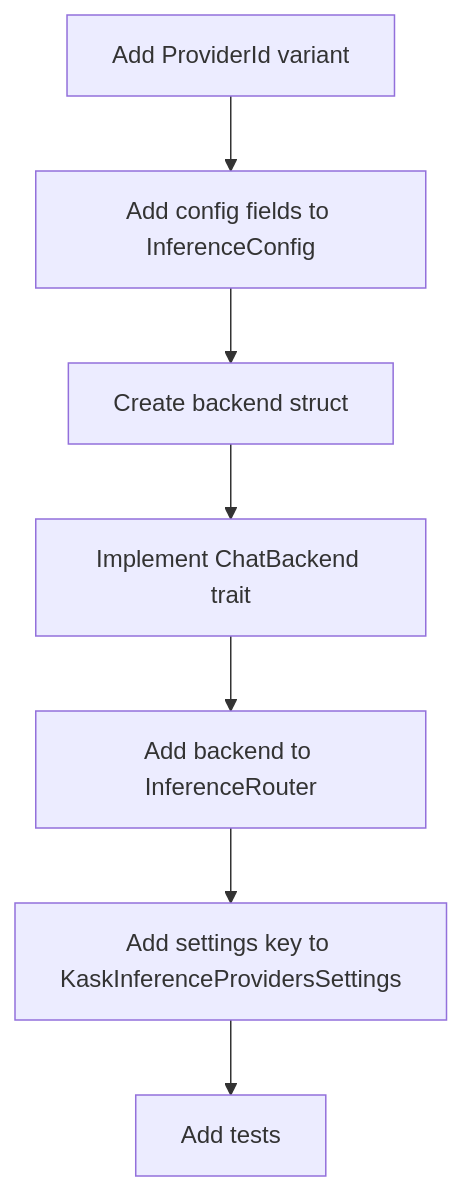
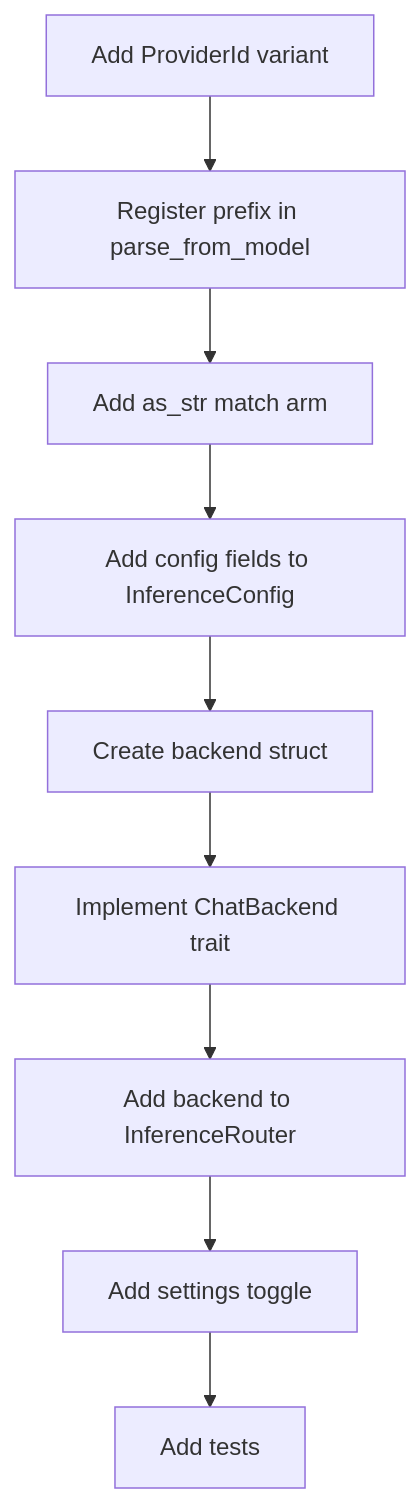
Before and after one commit to mdz-axo/zed-kask: the diagram in kask/docs/diataxis/hkask-inference/how-to.md, drawn with Mermaid. The commit also changed other lines of this file and 33 other files, not shown here.

````diff
--- a/kask/docs/diataxis/hkask-inference/how-to.md
+++ b/kask/docs/diataxis/hkask-inference/how-to.md
@@ -30,9 +32,11 @@
 ```mermaid
 flowchart TD
-    A[Add ProviderId variant] --> B[Add config fields to InferenceConfig]
-    B --> C[Create backend struct]
-    C --> D[Implement ChatBackend trait]
-    D --> E[Add backend to InferenceRouter]
-    E --> F[Add settings key to KaskInferenceProvidersSettings]
-    F --> G[Add tests]
+    A[Add ProviderId variant] --> B[Register prefix in parse_from_model]
+    B --> C[Add as_str match arm]
+    C --> D[Add config fields to InferenceConfig]
+    D --> E[Create backend struct]
+    E --> F[Implement ChatBackend trait]
+    F --> G[Add backend to InferenceRouter]
+    G --> H[Add settings toggle]
+    H --> I[Add tests]
 ```
````
